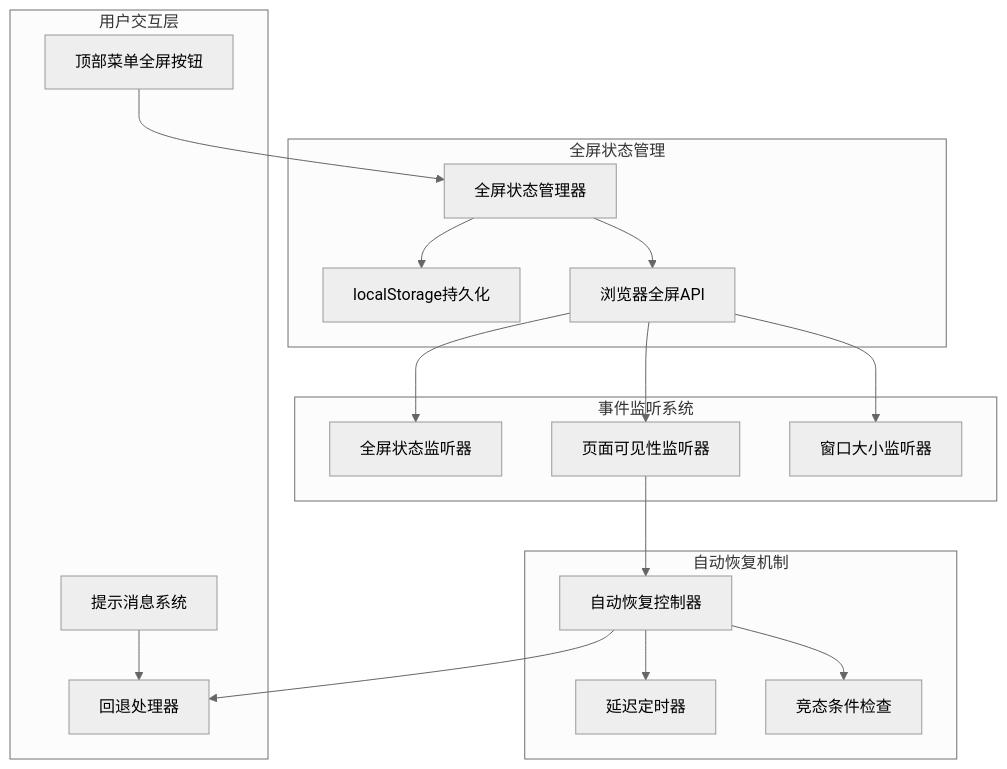
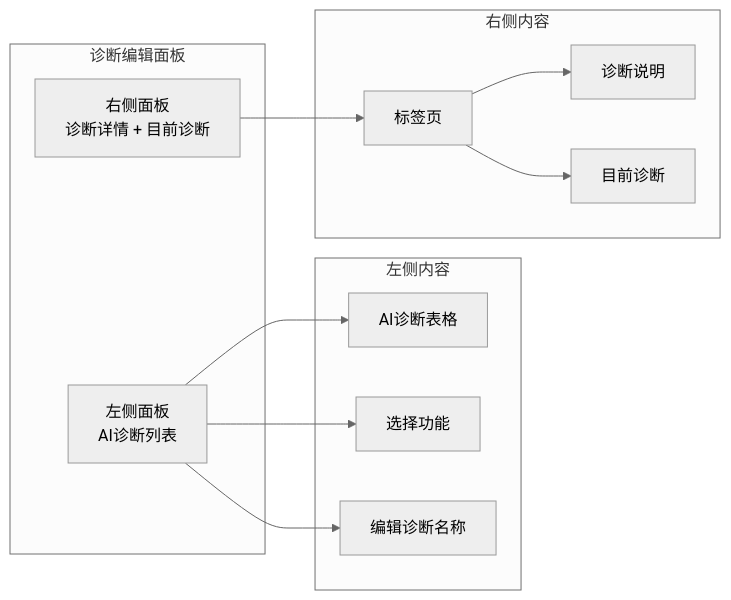
The eighth of 12 diagrams in .qoder/repowiki/zh/content/Vue Component Documentation/Vue Component Documentation.md (liuzh2008/med_ai_assistant_workspace), drawn with Mermaid (neutral theme) before and after one commit. The commit also changed other lines of this file and 14 other files, not shown here.

````diff
--- a/.qoder/repowiki/zh/content/Vue Component Documentation/Vue Component Documentation.md
+++ b/.qoder/repowiki/zh/content/Vue Component Documentation/Vue Component Documentation.md
@@ -336,34 +390,23 @@
 ```mermaid
-graph TB
-subgraph "全屏状态管理"
-FullscreenState[全屏状态管理器]
-LocalStorage[localStorage持久化]
-BrowserAPI[浏览器全屏API]
+graph LR
+subgraph "诊断编辑面板"
+LeftPanel[左侧面板<br/>AI诊断列表]
+RightPanel[右侧面板<br/>诊断详情 + 目前诊断]
 end
-subgraph "事件监听系统"
-FullscreenListener[全屏状态监听器]
-VisibilityListener[页面可见性监听器]
-ResizeListener[窗口大小监听器]
+subgraph "左侧内容"
+AITableView[AI诊断表格]
+Selection[选择功能]
+EditName[编辑诊断名称]
 end
-subgraph "自动恢复机制"
-AutoRestore[自动恢复控制器]
-DelayTimer[延迟定时器]
-RaceCheck[竞态条件检查]
+subgraph "右侧内容"
+DetailTabs[标签页]
+DetailPane[诊断说明]
+CurrentPane[目前诊断]
 end
-subgraph "用户交互层"
-TopMenu[顶部菜单全屏按钮]
-ToastMessage[提示消息系统]
-FallbackHandler[回退处理器]
-end
-FullscreenState --> LocalStorage
-FullscreenState --> BrowserAPI
-BrowserAPI --> FullscreenListener
-BrowserAPI --> VisibilityListener
-BrowserAPI --> ResizeListener
-VisibilityListener --> AutoRestore
-AutoRestore --> DelayTimer
-AutoRestore --> RaceCheck
-AutoRestore --> FallbackHandler
-TopMenu --> FullscreenState
-ToastMessage --> FallbackHandler
+LeftPanel --> AITableView
+LeftPanel --> Selection
+LeftPanel --> EditName
+RightPanel --> DetailTabs
+DetailTabs --> DetailPane
+DetailTabs --> CurrentPane
 ```
````
